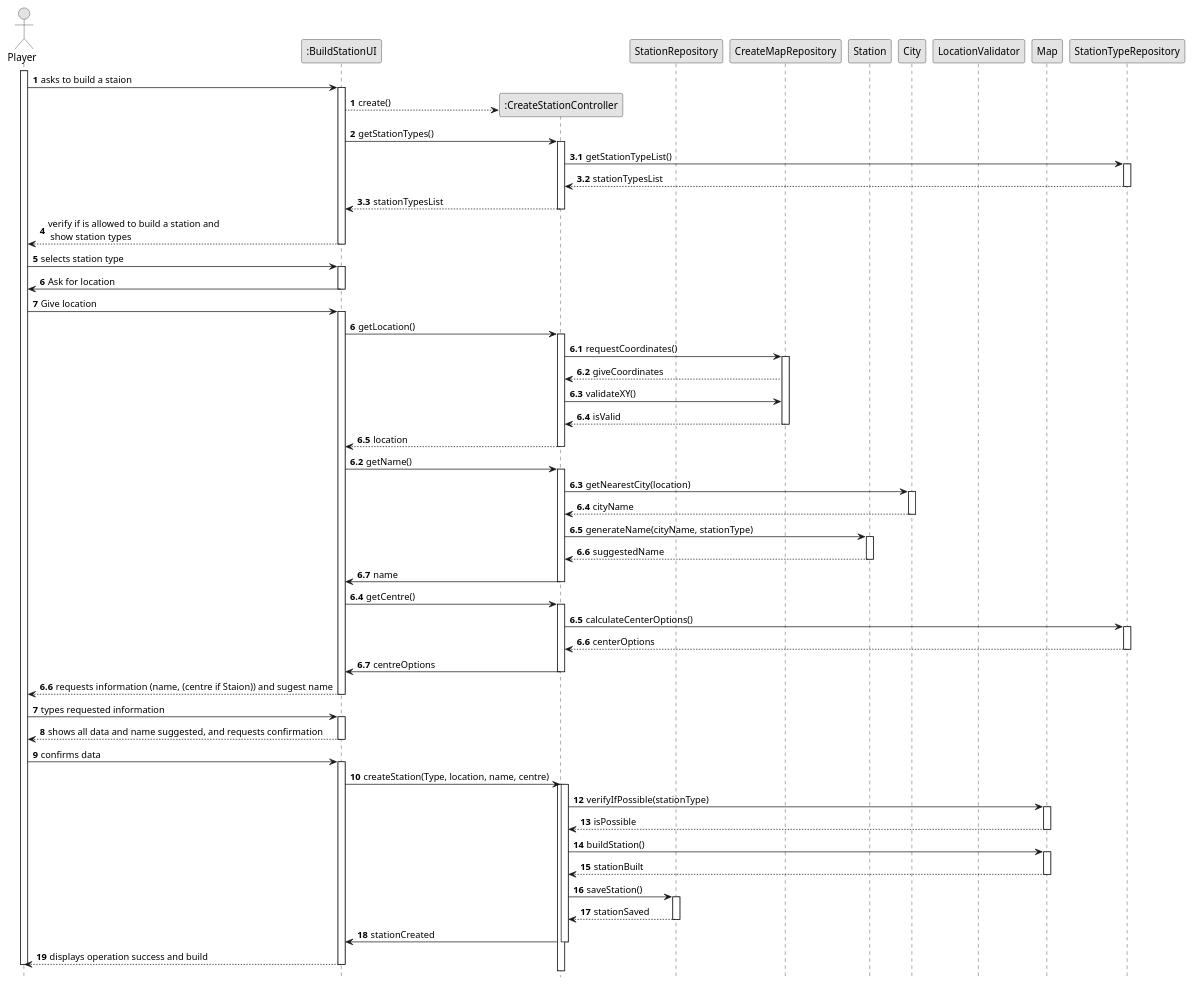
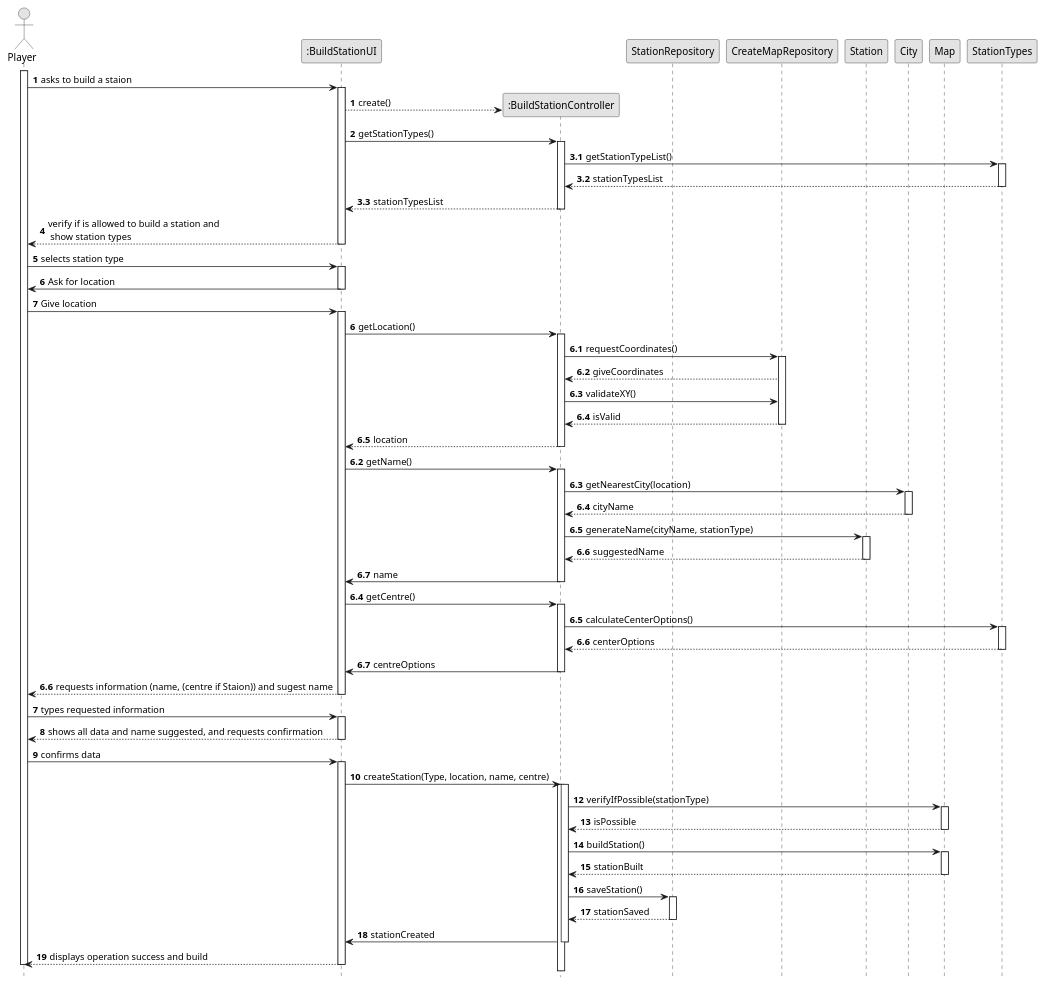
Before and after one commit to Andremonteiro1240850/railway_simulator: the diagram in docs/system-documentation/US05/03.Design/puml/SSD-Full.puml, drawn with PlantUML. The commit also changed 11 other files, not shown here.

```diff
--- a/docs/system-documentation/US05/03.Design/puml/SSD-Full.puml
+++ b/docs/system-documentation/US05/03.Design/puml/SSD-Full.puml
@@ -1,156 +1,155 @@
 @startuml
 skinparam monochrome true
 skinparam packageStyle rectangle
 skinparam shadowing false
 
 autonumber
 
 hide footbox
 actor "Player" as ORG_EMPLOYEE
 
 participant ":BuildStationUI" as UI
-participant ":CreateStationController" as CTRL
+participant ":BuildStationController" as CTRL
 participant "StationRepository" as REPOS
 participant "CreateMapRepository" as MAP
-participant "LocationValidator" as VALID
+
 participant "Station" as NAMING
 participant "City" as CITY
-participant "PositionValidator" as VALID
 participant "Map" as RAIL
-participant "StationTypeRepository" as REPOT
+participant "StationTypes" as REPOT
 
 activate ORG_EMPLOYEE
 
     ORG_EMPLOYEE -> UI : asks to build a staion
     autonumber 1
 
     activate UI
         UI --> CTRL** : create()
         autonumber 2
         UI -> CTRL : getStationTypes()
         autonumber 3
         autonumber 3.1
         activate CTRL
 
                     CTRL -> REPOT : getStationTypeList()
                     activate REPOT
                         REPOT --> CTRL: stationTypesList
                     deactivate REPOT
 
             CTRL --> UI : stationTypesList
             autonumber 4
         deactivate CTRL
         UI --> ORG_EMPLOYEE : verify if is allowed to build a station and\n show station types
         autonumber 5
     deactivate UI
 
     ORG_EMPLOYEE -> UI : selects station type
     activate UI
     UI -> ORG_EMPLOYEE : Ask for location
     deactivate UI
     ORG_EMPLOYEE -> UI : Give location
     autonumber 6
     activate UI
         UI -> CTRL : getLocation()
         autonumber 6.1
 
         activate CTRL
 
                 CTRL -> MAP : requestCoordinates()
                 activate MAP
                     MAP --> CTRL : giveCoordinates
 
 
                 CTRL -> MAP : validateXY()
 
                     MAP --> CTRL : isValid
                 deactivate MAP
 
             CTRL --> UI : location
             autonumber 6.2
         deactivate CTRL
 
         UI -> CTRL : getName()
         autonumber 6.3
 
         activate CTRL
 
                 CTRL -> CITY : getNearestCity(location)
                 activate CITY
                     CITY --> CTRL : cityName
                 deactivate CITY
 
                 CTRL -> NAMING : generateName(cityName, stationType)
                 activate NAMING
                     NAMING --> CTRL : suggestedName
                 deactivate NAMING
                 CTRL -> UI : name
 
             autonumber 6.4
 
         deactivate CTRL
 
         UI -> CTRL : getCentre()
         autonumber 6.5
 
         activate CTRL
 
                 CTRL -> REPOT : calculateCenterOptions()
                 activate REPOT
                     REPOT --> CTRL : centerOptions
                 deactivate REPOT
 
                 CTRL -> UI : centreOptions
 
             autonumber 6.6
 
         deactivate CTRL
 
         UI --> ORG_EMPLOYEE : requests information (name, (centre if Staion)) and sugest name
         autonumber 7
     deactivate UI
 
     ORG_EMPLOYEE -> UI : types requested information
 
     autonumber 8
     activate UI
         UI --> ORG_EMPLOYEE : shows all data and name suggested, and requests confirmation
         autonumber 9
     deactivate UI
 
     ORG_EMPLOYEE -> UI : confirms data
     autonumber 10
     activate UI
         UI -> CTRL : createStation(Type, location, name, centre)
         autonumber 11
         activate CTRL
 
             autonumber 12
 
             activate CTRL
 
                     CTRL -> RAIL : verifyIfPossible(stationType)
                     activate RAIL
                         RAIL --> CTRL : isPossible
                     deactivate RAIL
 
                     CTRL -> RAIL : buildStation()
                     activate RAIL
                         RAIL --> CTRL : stationBuilt
                         deactivate RAIL
                         CTRL -> REPOS : saveStation()
                         activate REPOS
                         REPOS --> CTRL: stationSaved
                         deactivate REPOS
                     deactivate RAIL
 
                 autonumber 18
                 CTRL -> UI : stationCreated
 
             deactivate CTRL
         UI --> ORG_EMPLOYEE: displays operation success and build
         autonumber 19
     deactivate UI
 
 deactivate ORG_EMPLOYEE
 @enduml
```
